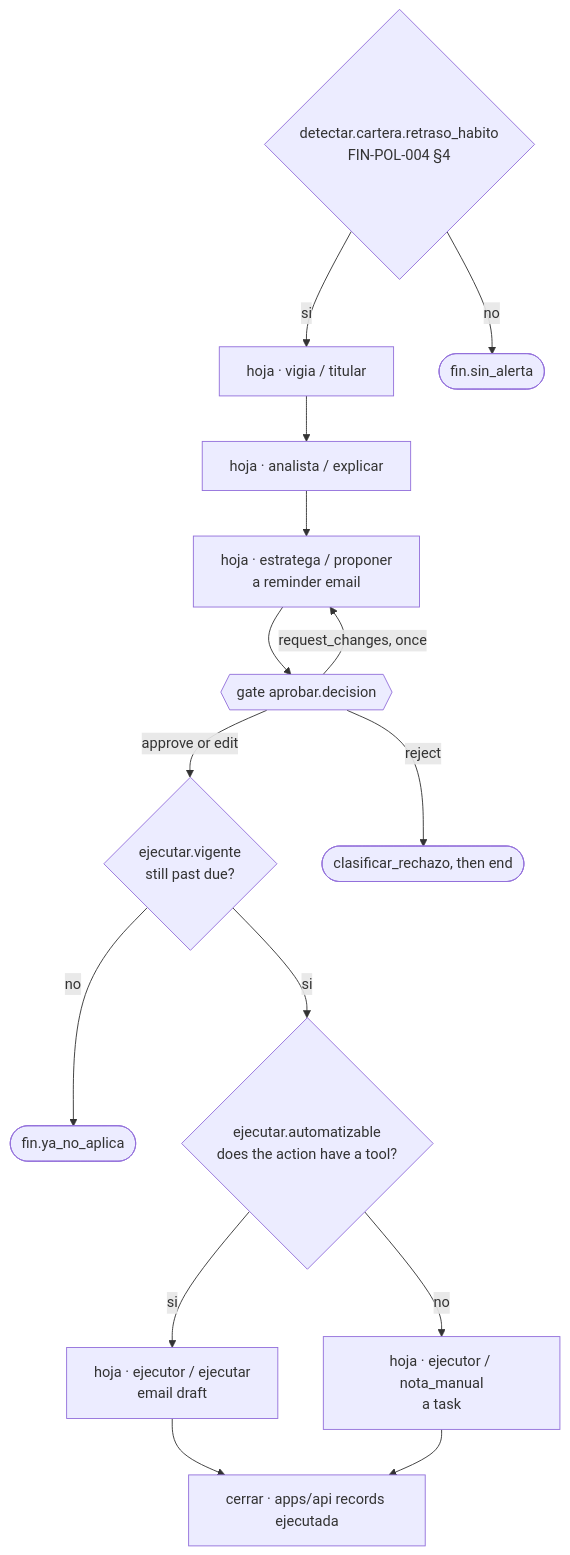
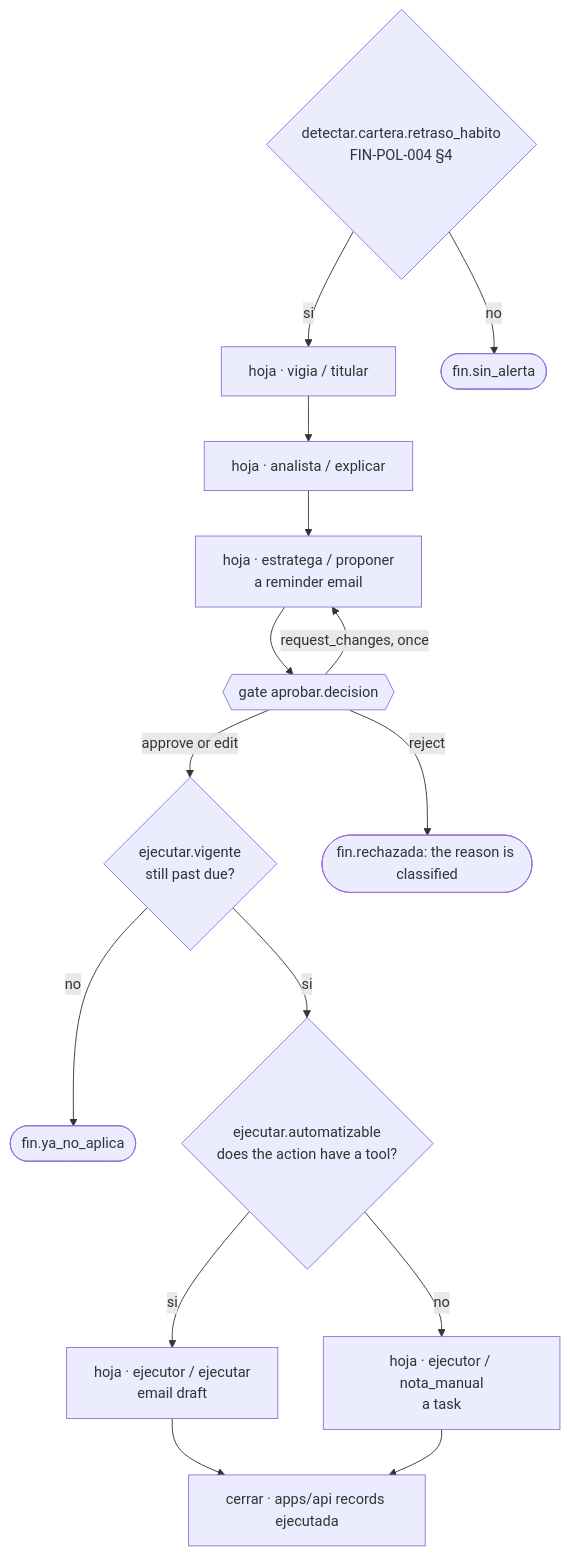
The third of 3 diagrams in docs/guide/chapters/decision-tree.md (alejandroserranodev-ant/Centinela), drawn with Mermaid before and after one commit. The commit also changed other lines of this file and 1 other file, not shown here.

First line of the commit message:
Shrink the guide's decision-tree chapter to what founds the tree and how it grows, and caption its diagrams with the sections they draw

````diff
--- a/docs/guide/chapters/decision-tree.md
+++ b/docs/guide/chapters/decision-tree.md
@@ -209,17 +154,17 @@
 ```mermaid
 flowchart TB
   D{"detectar.cartera.retraso_habito<br/>FIN-POL-004 §4"} -- si --> T["hoja · vigia / titular"]
   D -- no --> F0(["fin.sin_alerta"])
   T --> X["hoja · analista / explicar"]
   X --> P["hoja · estratega / proponer<br/>a reminder email"]
   P --> G{{"gate aprobar.decision"}}
   G -- "approve or edit" --> V{"ejecutar.vigente<br/>still past due?"}
-  G -- reject --> R(["clasificar_rechazo, then end"])
+  G -- reject --> R(["fin.rechazada: the reason is classified"])
   G -- "request_changes, once" --> P
   V -- no --> F1(["fin.ya_no_aplica"])
   V -- si --> A{"ejecutar.automatizable<br/>does the action have a tool?"}
   A -- si --> E["hoja · ejecutor / ejecutar<br/>email draft"]
   A -- no --> M["hoja · ejecutor / nota_manual<br/>a task"]
   E --> C["cerrar · apps/api records ejecutada"]
   M --> C
 ```
````
